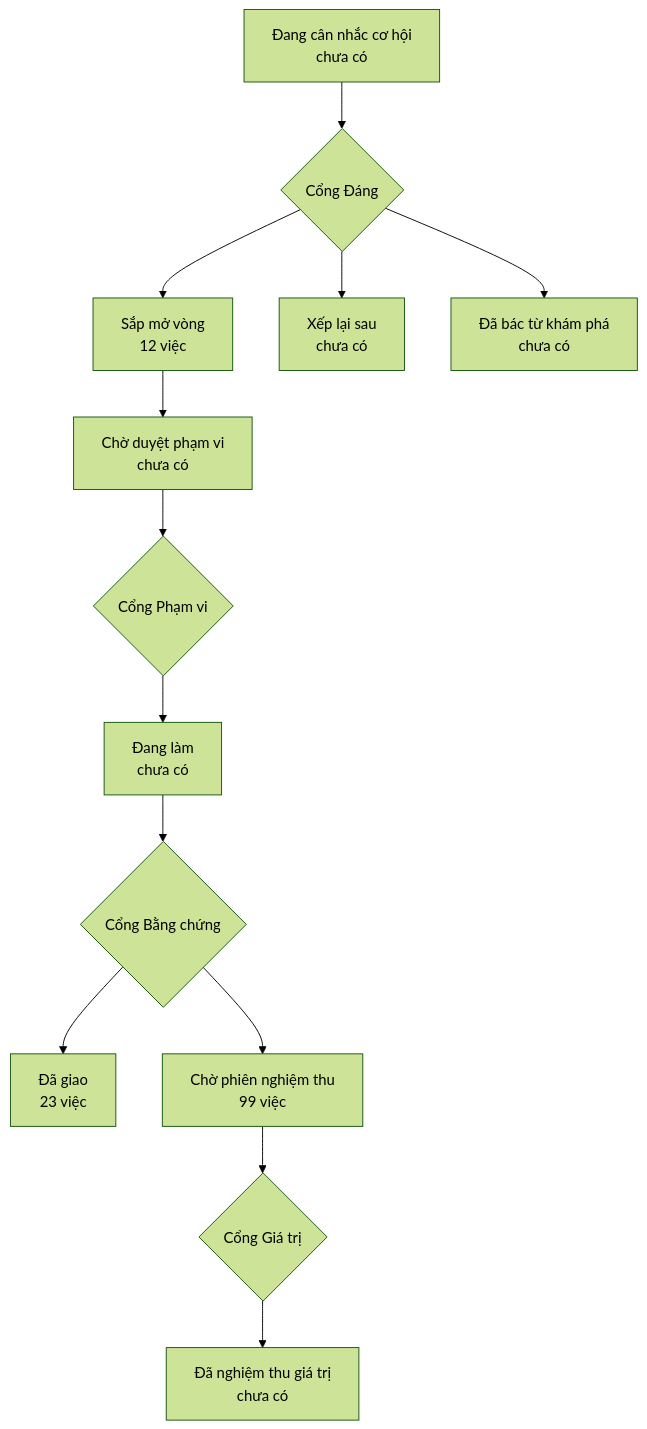
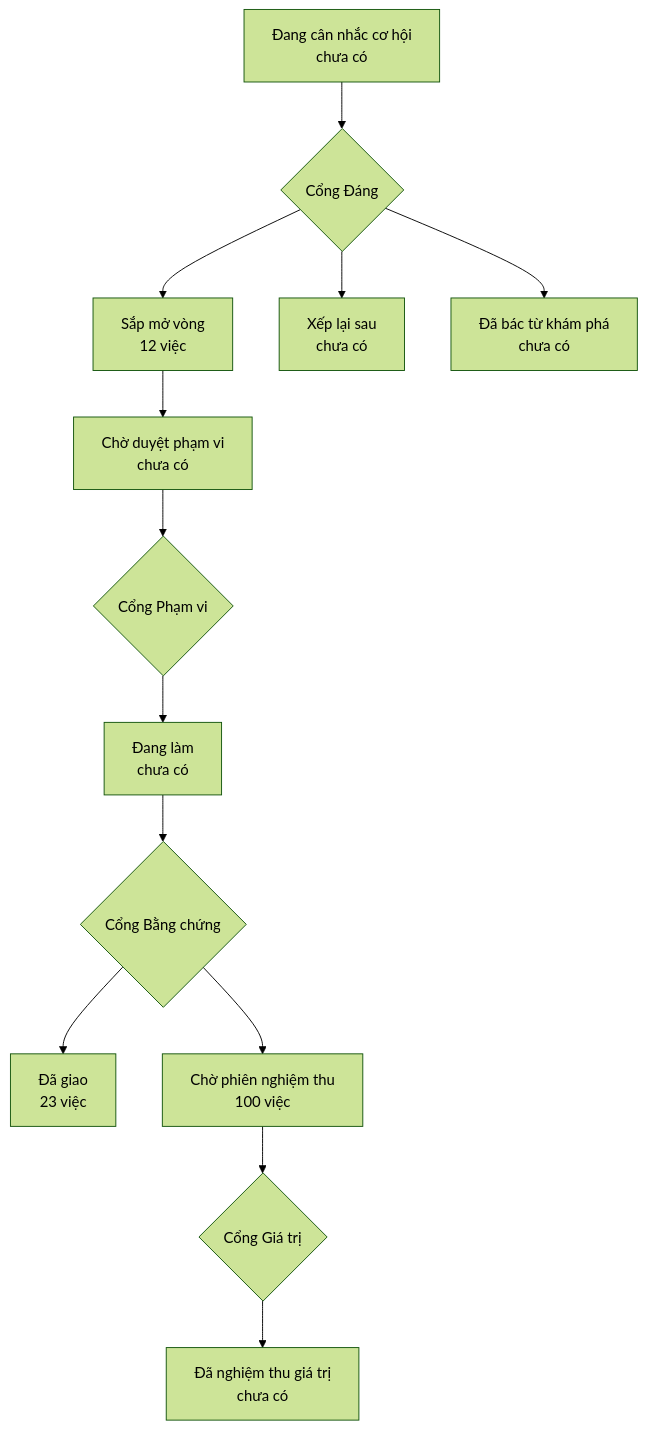
The diagram in PRODUCT-MAP.md (phanlemanh/onehub-quy-hang), drawn with Mermaid (forest theme) before and after one commit. The commit also changed other lines of this file and 1 other file, not shown here.

Commit message:
chore: vẽ lại bản đồ sau khi gộp nhánh chính

````diff
--- a/PRODUCT-MAP.md
+++ b/PRODUCT-MAP.md
@@ -7,12 +7,12 @@
 ```mermaid
 flowchart TD
   A["Đang cân nhắc cơ hội<br/>chưa có"] --> GD{"Cổng Đáng"}
   GD --> B["Sắp mở vòng<br/>12 việc"]
   GD --> XL["Xếp lại sau<br/>chưa có"]
   GD --> DB["Đã bác từ khám phá<br/>chưa có"]
   B --> CD["Chờ duyệt phạm vi<br/>chưa có"] --> GP{"Cổng Phạm vi"}
   GP --> DL["Đang làm<br/>chưa có"] --> GB{"Cổng Bằng chứng"}
   GB --> DG["Đã giao<br/>23 việc"]
-  GB --> CN["Chờ phiên nghiệm thu<br/>99 việc"] --> GG{"Cổng Giá trị"}
+  GB --> CN["Chờ phiên nghiệm thu<br/>100 việc"] --> GG{"Cổng Giá trị"}
   GG --> NT["Đã nghiệm thu giá trị<br/>chưa có"]
 ```
````
